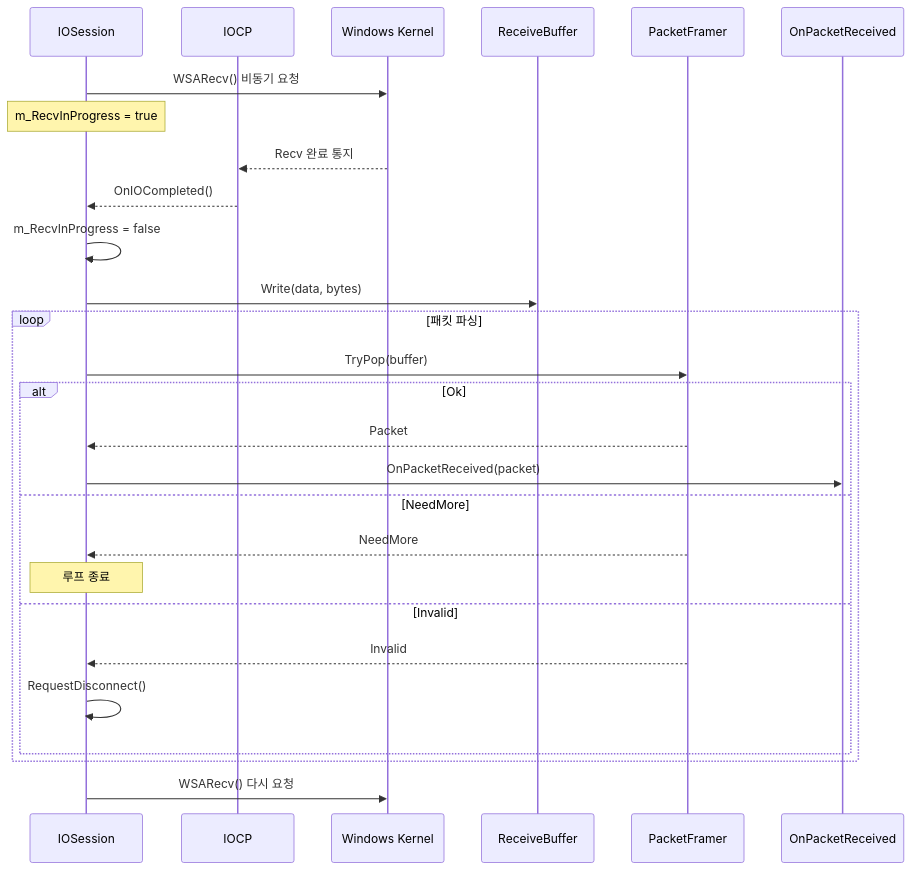
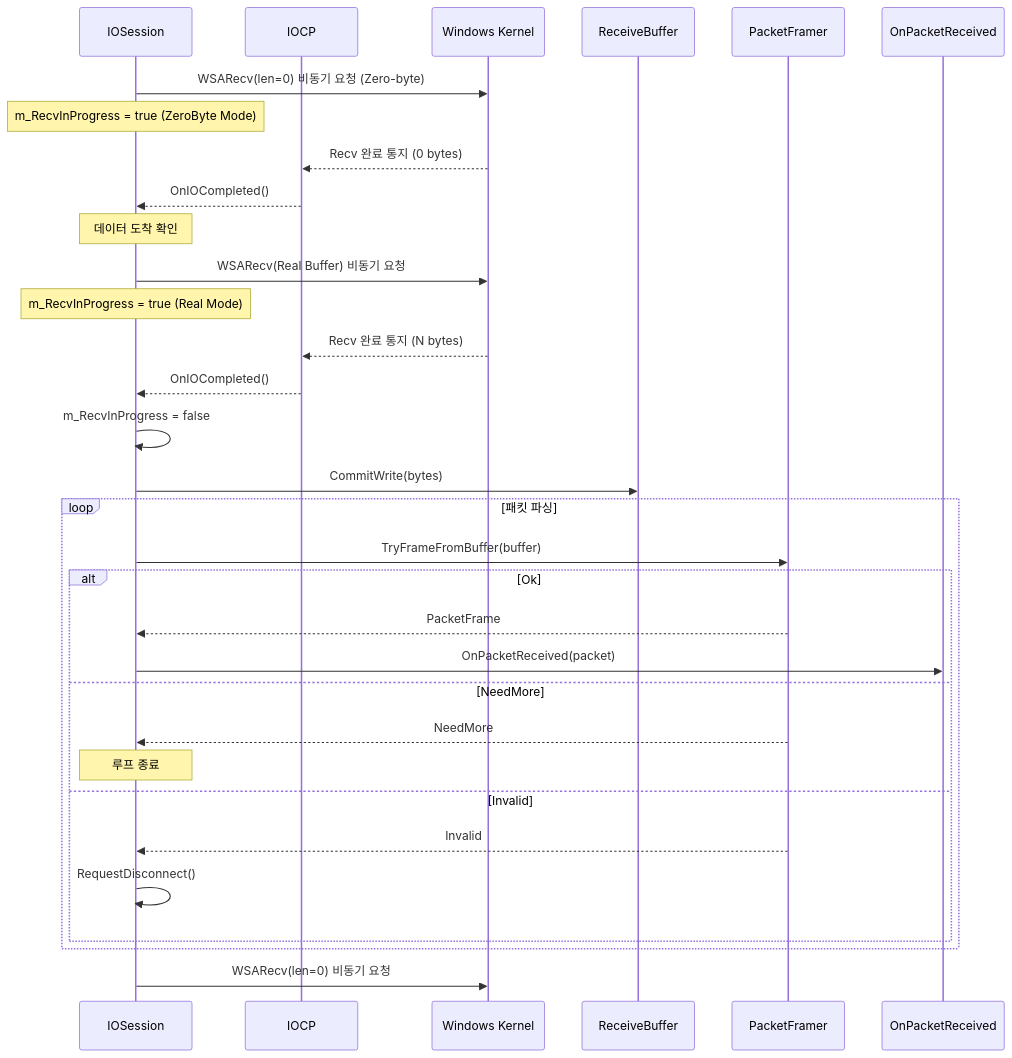
The sixth of 8 diagrams in docs/ARCHITECTURE_IOCP.md (boinred/FastPort), drawn with Mermaid before and after one commit. The commit also changed other lines of this file and 8 other files, not shown here.

First line of the commit message:
IOCP: Zero-byte Recv 도입 및 소켓 옵션/문서 개선

````diff
--- a/docs/ARCHITECTURE_IOCP.md
+++ b/docs/ARCHITECTURE_IOCP.md
@@ -145,33 +145,44 @@
 ```mermaid
 sequenceDiagram
     participant Session as IOSession
     participant IOCP as IOCP
     participant Kernel as Windows Kernel
     participant Buffer as ReceiveBuffer
     participant Framer as PacketFramer
     participant App as OnPacketReceived
 
-    Session->>Kernel: WSARecv() 비동기 요청
-    Note over Session: m_RecvInProgress = true
+    %% 1. Zero-byte Recv (알림 대기)
+    Session->>Kernel: WSARecv(len=0) 비동기 요청 (Zero-byte)
+    Note over Session: m_RecvInProgress = true (ZeroByte Mode)
 
-    Kernel-->>IOCP: Recv 완료 통지
+    Kernel-->>IOCP: Recv 완료 통지 (0 bytes)
+    IOCP-->>Session: OnIOCompleted()
+    
+    Note over Session: 데이터 도착 확인
+
+    %% 2. Real Recv (데이터 수신)
+    Session->>Kernel: WSARecv(Real Buffer) 비동기 요청
+    Note over Session: m_RecvInProgress = true (Real Mode)
+
+    Kernel-->>IOCP: Recv 완료 통지 (N bytes)
     IOCP-->>Session: OnIOCompleted()
     Session->>Session: m_RecvInProgress = false
-    Session->>Buffer: Write(data, bytes)
+    Session->>Buffer: CommitWrite(bytes)
     
     loop 패킷 파싱
-        Session->>Framer: TryPop(buffer)
+        Session->>Framer: TryFrameFromBuffer(buffer)
         alt Ok
-            Framer-->>Session: Packet
+            Framer-->>Session: PacketFrame
             Session->>App: OnPacketReceived(packet)
         else NeedMore
             Framer-->>Session: NeedMore
             Note over Session: 루프 종료
         else Invalid
             Framer-->>Session: Invalid
             Session->>Session: RequestDisconnect()
         end
     end
 
-    Session->>Kernel: WSARecv() 다시 요청
+    %% 3. 다시 Zero-byte Recv 대기
+    Session->>Kernel: WSARecv(len=0) 비동기 요청
 ```
````
